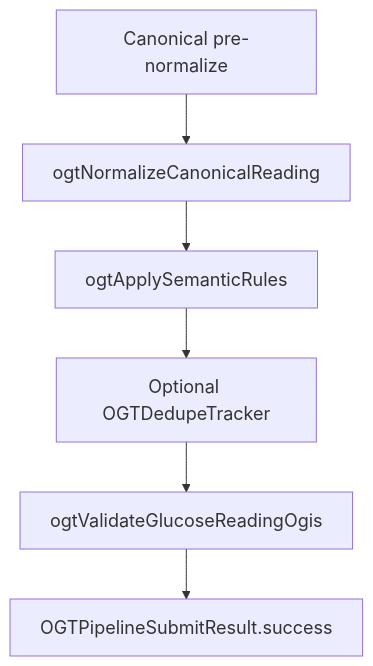
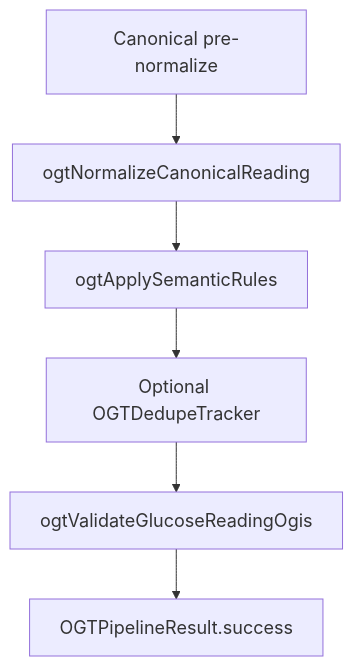
One commit to peterlandis/OpenGlucoseTelemetry changed the sixth of 7 diagrams in runtimes/swift/ARCHITECTURE.md. Above: the diagram before and after it, drawn with Mermaid. The commit also changed other lines of this file and 64 other files, not shown here.

````diff
--- a/runtimes/swift/ARCHITECTURE.md
+++ b/runtimes/swift/ARCHITECTURE.md
@@ -140,15 +151,15 @@
 ```mermaid
 %%{init: {'themeVariables': {'fontSize': '18px'}}}%%
 flowchart TB
   C[Canonical pre-normalize]
   N[ogtNormalizeCanonicalReading]
   S[ogtApplySemanticRules]
   D[Optional OGTDedupeTracker]
   G[ogtValidateGlucoseReadingOgis]
-  OK[OGTPipelineSubmitResult.success]
+  OK[OGTPipelineResult.success]
   C --> N
   N --> S
   S --> D
   D --> G
   G --> OK
 ```
````
